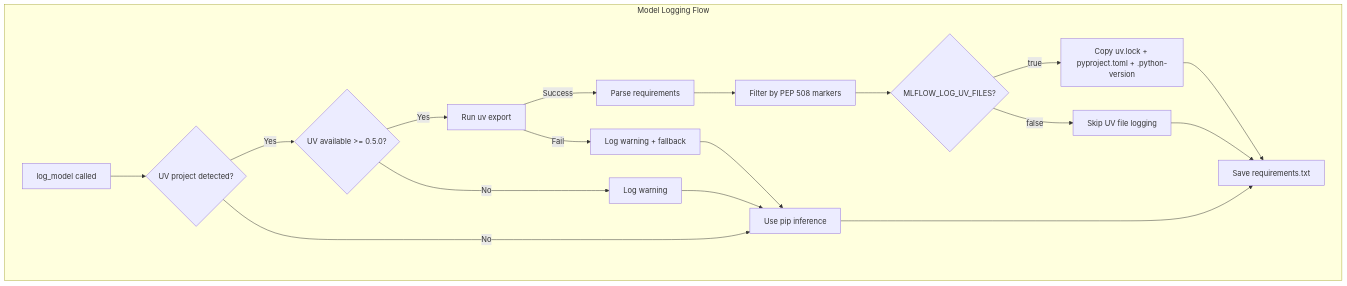
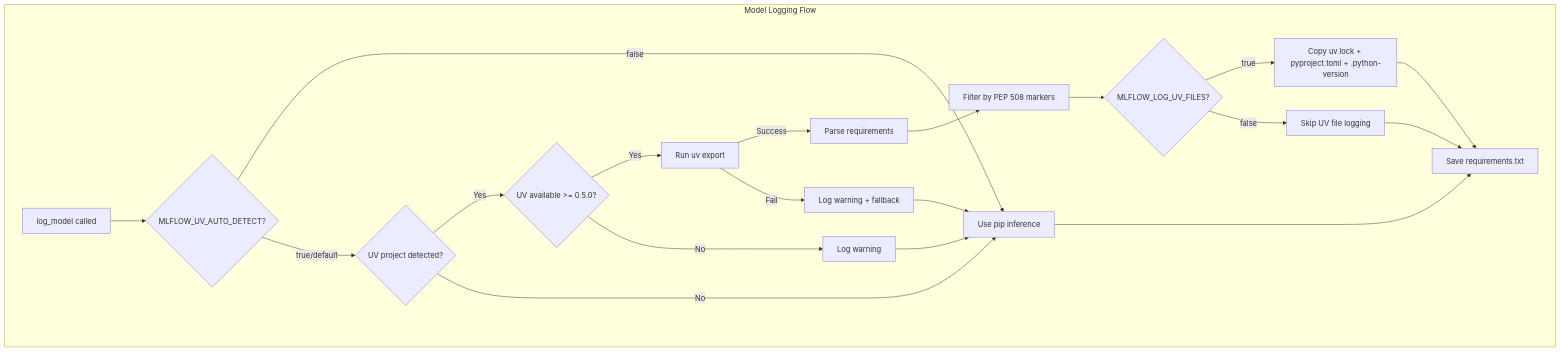
Before and after one commit to debu-sinha/design-docs: the first of 3 diagrams in mlflow/uv-support-design-doc-v2.md, drawn with Mermaid. The commit also changed other lines of this file, not shown here.

Commit message:
Update design doc: uv_project_path rename, MLFLOW_UV_AUTO_DETECT env var, _create_virtualenv integration

````diff
--- a/mlflow/uv-support-design-doc-v2.md
+++ b/mlflow/uv-support-design-doc-v2.md
@@ -67,21 +68,23 @@
 ```mermaid
 flowchart TB
     subgraph "Model Logging Flow"
-        A[log_model called] --> B{UV project detected?}
+        A[log_model called] --> AA{MLFLOW_UV_AUTO_DETECT?}
+        AA -->|false| D[Use pip inference]
+        AA -->|true/default| B{UV project detected?}
         B -->|Yes| C{UV available >= 0.5.0?}
-        B -->|No| D[Use pip inference]
+        B -->|No| D
         C -->|Yes| E[Run uv export]
         C -->|No| F[Log warning]
         F --> D
         E -->|Success| G[Parse requirements]
         E -->|Fail| H[Log warning + fallback]
         H --> D
         G --> I[Filter by PEP 508 markers]
         I --> J{MLFLOW_LOG_UV_FILES?}
         J -->|true| K[Copy uv.lock + pyproject.toml + .python-version]
         J -->|false| L[Skip UV file logging]
         K --> M[Save requirements.txt]
         L --> M
         D --> M
     end
 ```
````
